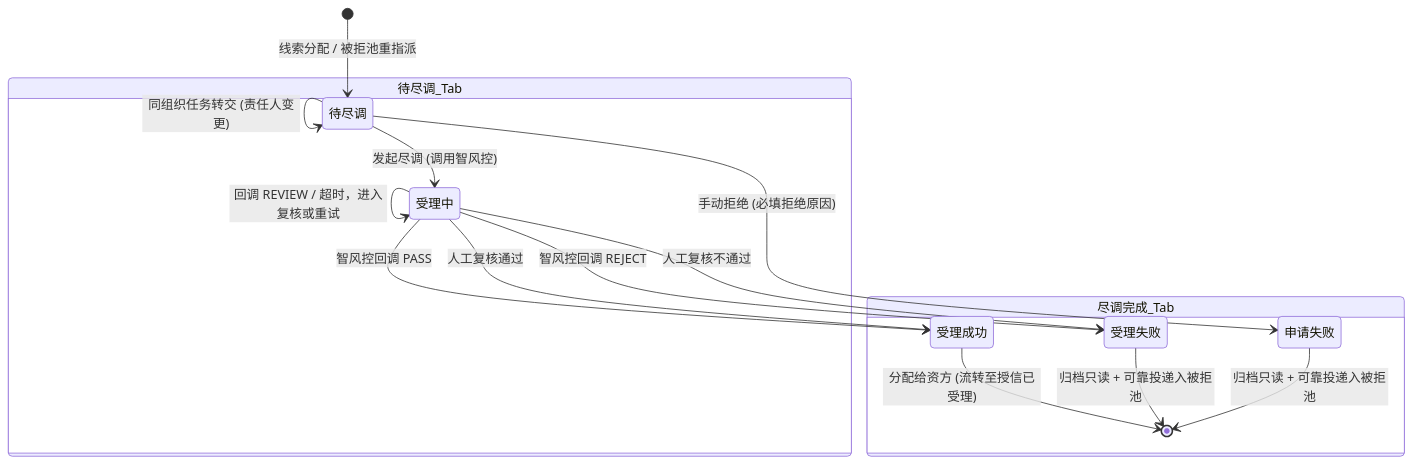
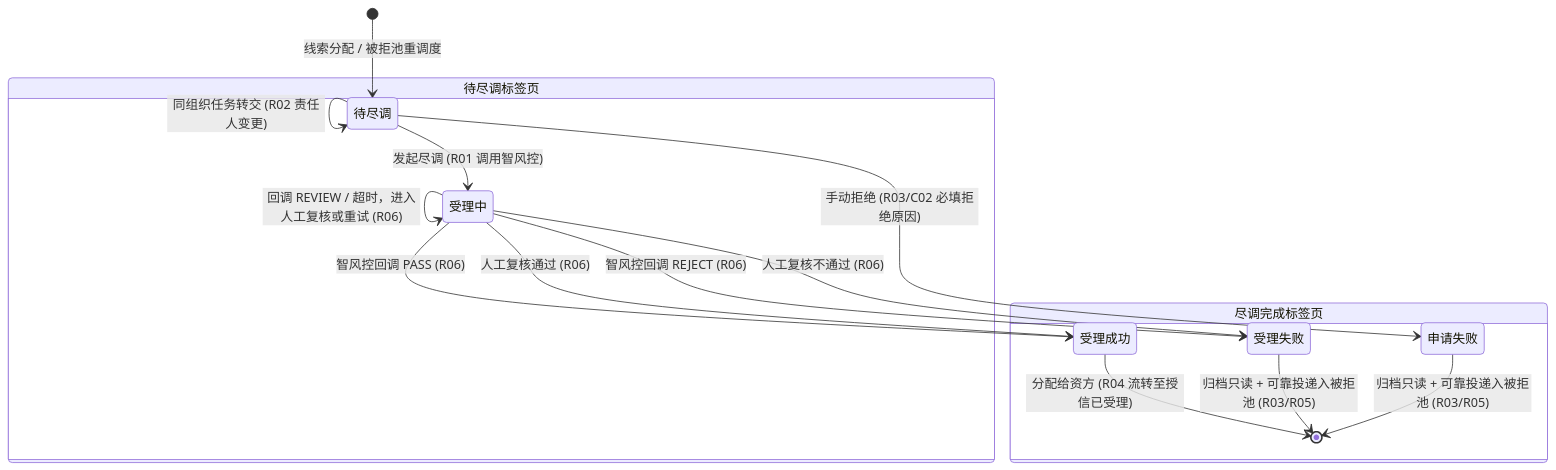
The diagram in 02-PRD文档/🌟🌟🌟-最新基准版/B端PC/03-融资监管/02-融资管理-客户融资尽调办理/客户融资尽调办理业务规则规格.md (RobertHuang999/SYZC), drawn with Mermaid before and after one commit. The commit also changed other lines of this file and 264 other files, not shown here.

````diff
--- a/02-PRD文档/🌟🌟🌟-最新基准版/B端PC/03-融资监管/02-融资管理-客户融资尽调办理/客户融资尽调办理业务规则规格.md
+++ b/02-PRD文档/🌟🌟🌟-最新基准版/B端PC/03-融资监管/02-融资管理-客户融资尽调办理/客户融资尽调办理业务规则规格.md
@@ -48,22 +51,22 @@
 ```mermaid
 stateDiagram-v2
-    [*] --> 待尽调 : 线索分配 / 被拒池重指派
+    [*] --> 待尽调 : 线索分配 / 被拒池重调度
     
-    state 待尽调_Tab {
-        待尽调 --> 待尽调 : 同组织任务转交 (责任人变更)
-        待尽调 --> 受理中 : 发起尽调 (调用智风控)
+    state 待尽调标签页 {
+        待尽调 --> 待尽调 : 同组织任务转交 (R02 责任人变更)
+        待尽调 --> 受理中 : 发起尽调 (R01 调用智风控)
     }
 
-    state 尽调完成_Tab {
-        受理成功 --> [*] : 分配给资方 (流转至授信已受理)
-        受理失败 --> [*] : 归档只读 + 可靠投递入被拒池
-        申请失败 --> [*] : 归档只读 + 可靠投递入被拒池
+    state 尽调完成标签页 {
+        受理成功 --> [*] : 分配给资方 (R04 流转至授信已受理)
+        受理失败 --> [*] : 归档只读 + 可靠投递入被拒池 (R03/R05)
+        申请失败 --> [*] : 归档只读 + 可靠投递入被拒池 (R03/R05)
     }
 
-    待尽调 --> 申请失败 : 手动拒绝 (必填拒绝原因)
-    受理中 --> 受理成功 : 智风控回调 PASS
-    受理中 --> 受理失败 : 智风控回调 REJECT
-    受理中 --> 受理中 : 回调 REVIEW / 超时，进入复核或重试
-    受理中 --> 受理成功 : 人工复核通过
-    受理中 --> 受理失败 : 人工复核不通过
+    待尽调 --> 申请失败 : 手动拒绝 (R03/C02 必填拒绝原因)
+    受理中 --> 受理成功 : 智风控回调 PASS (R06)
+    受理中 --> 受理失败 : 智风控回调 REJECT (R06)
+    受理中 --> 受理中 : 回调 REVIEW / 超时，进入人工复核或重试 (R06)
+    受理中 --> 受理成功 : 人工复核通过 (R06)
+    受理中 --> 受理失败 : 人工复核不通过 (R06)
 ```
````
